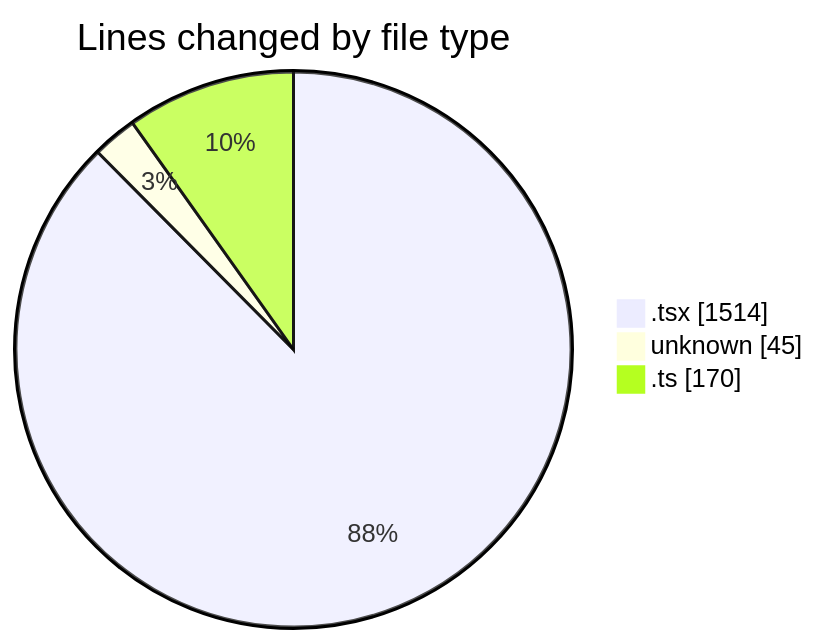
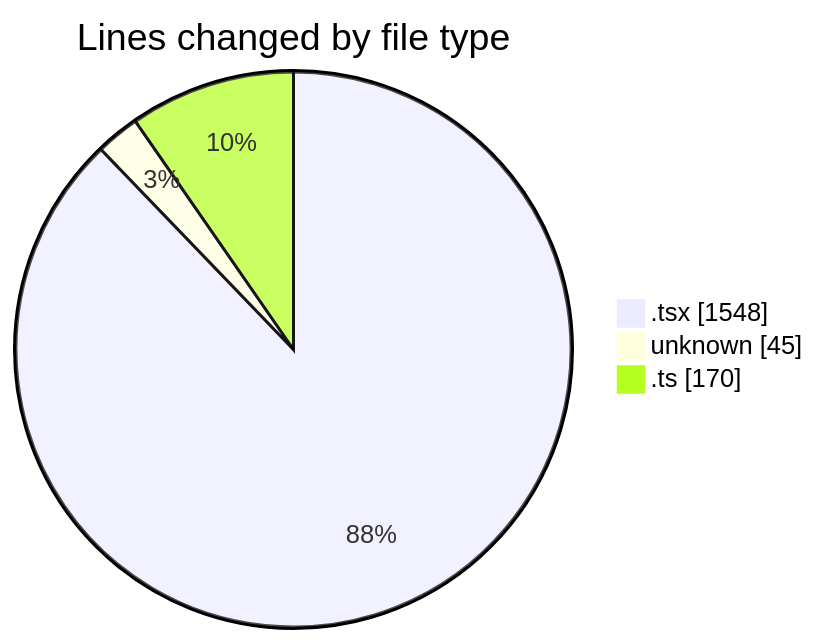
One commit to momahboobian/code-tracking changed the first of 2 diagrams in 2025-09-01/cda/README.md. Above: the diagram before and after it, drawn with Mermaid. The commit also changed other lines of this file and 1 other file, not shown here.

````diff
--- a/2025-09-01/cda/README.md
+++ b/2025-09-01/cda/README.md
@@ -25,7 +25,7 @@
 ```mermaid
 pie showData
 title Lines changed by file type
-".tsx" : 1514
+".tsx" : 1548
 "unknown" : 45
 ".ts" : 170
 ```
````
